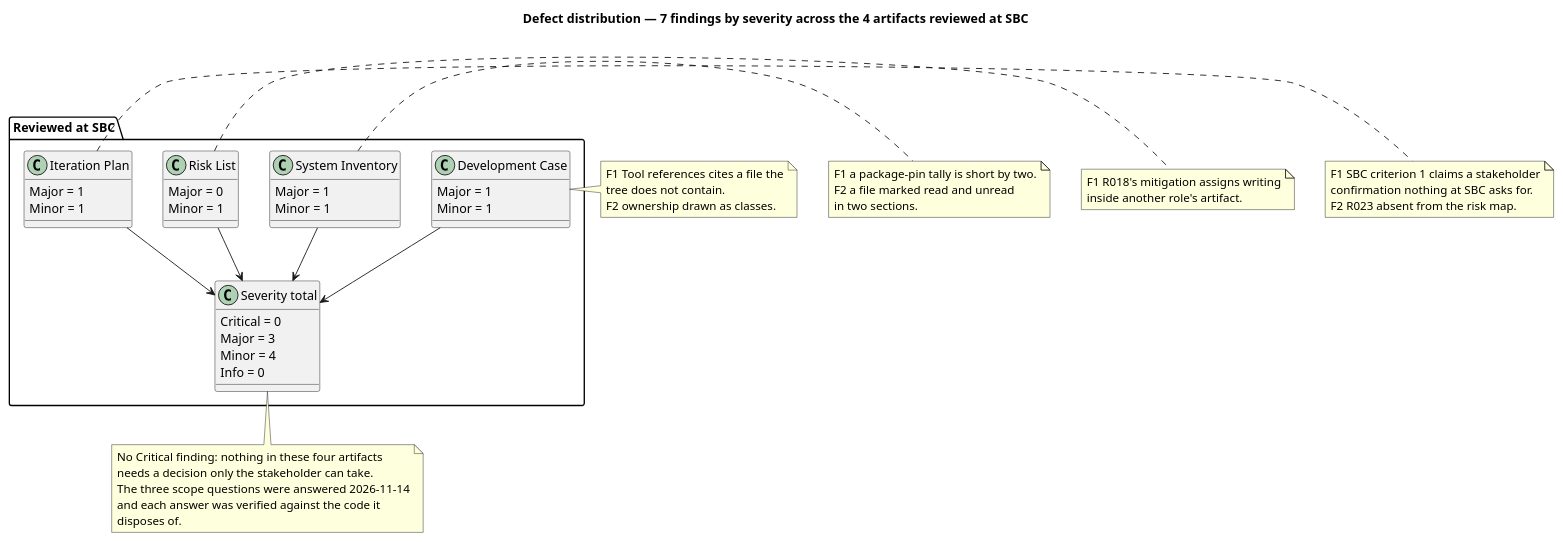
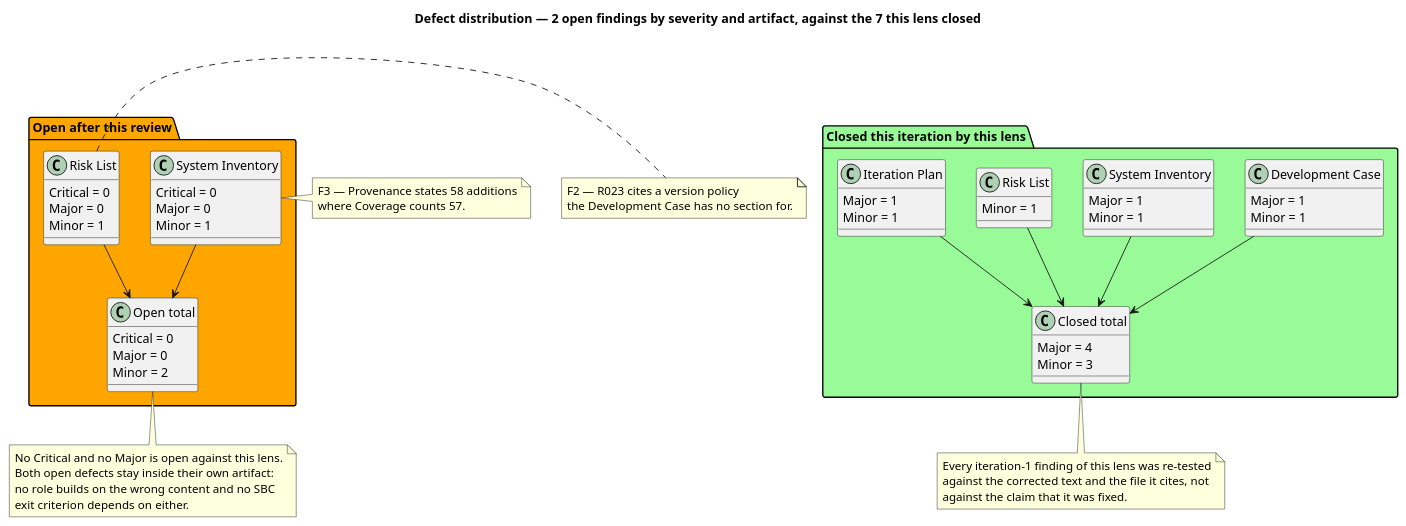
Diagram 13 of 14 in docs/artifacts/project-management/review-record.md (banense-test/TodoApp), drawn with PlantUML before and after one commit. The commit also changed other lines of this file, not shown here.

Commit message:
Reviewer [Survey2]: upsert Review Record
[skip ci]

````diff
--- a/docs/artifacts/project-management/review-record.md
+++ b/docs/artifacts/project-management/review-record.md
@@ -1062,64 +1068,74 @@
 ```plantuml
 @startuml
-title Defect distribution — 7 findings by severity across the 4 artifacts reviewed at SBC
+title Defect distribution — 2 open findings by severity and artifact, against the 7 this lens closed
 skinparam shadowing false
 skinparam classAttributeIconSize 0
 
-package "Reviewed at SBC" {
+package "Open after this review" #Orange {
+  class "System Inventory" as SI {
+    Critical = 0
+    Major = 0
+    Minor = 1
+  }
+  class "Risk List" as RL {
+    Critical = 0
+    Major = 0
+    Minor = 1
+  }
+  class "Open total" as OPEN {
+    Critical = 0
+    Major = 0
+    Minor = 2
+  }
+}
+
+package "Closed this iteration by this lens" #PaleGreen {
   class "Development Case" as DC {
     Major = 1
     Minor = 1
   }
-  class "System Inventory" as SI {
+  class "System Inventory" as SIC {
     Major = 1
     Minor = 1
   }
-  class "Risk List" as RL {
-    Major = 0
+  class "Risk List" as RLC {
     Minor = 1
   }
   class "Iteration Plan" as IP {
     Major = 1
     Minor = 1
   }
-  class "Severity total" as TOT {
-    Critical = 0
-    Major = 3
-    Minor = 4
-    Info = 0
+  class "Closed total" as CLOSED {
+    Major = 4
+    Minor = 3
   }
 }
 
-DC --> TOT
-SI --> TOT
-RL --> TOT
-IP --> TOT
+SI --> OPEN
+RL --> OPEN
+DC --> CLOSED
+SIC --> CLOSED
+RLC --> CLOSED
+IP --> CLOSED
 
-note right of DC
-  F1 Tool references cites a file the
-  tree does not contain.
-  F2 ownership drawn as classes.
-end note
 note right of SI
-  F1 a package-pin tally is short by two.
-  F2 a file marked read and unread
-  in two sections.
+  F3 — Provenance states 58 additions
+  where Coverage counts 57.
 end note
 note right of RL
-  F1 R018's mitigation assigns writing
-  inside another role's artifact.
+  F2 — R023 cites a version policy
+  the Development Case has no section for.
 end note
-note right of IP
-  F1 SBC criterion 1 claims a stakeholder
-  confirmation nothing at SBC asks for.
-  F2 R023 absent from the risk map.
+note bottom of OPEN
+  No Critical and no Major is open against this lens.
+  Both open defects stay inside their own artifact:
+  no role builds on the wrong content and no SBC
+  exit criterion depends on either.
 end note
-note bottom of TOT
-  No Critical finding: nothing in these four artifacts
-  needs a decision only the stakeholder can take.
-  The three scope questions were answered 2026-11-14
-  and each answer was verified against the code it
-  disposes of.
+note bottom of CLOSED
+  Every iteration-1 finding of this lens was re-tested
+  against the corrected text and the file it cites, not
+  against the claim that it was fixed.
 end note
 @enduml
 ```
````
